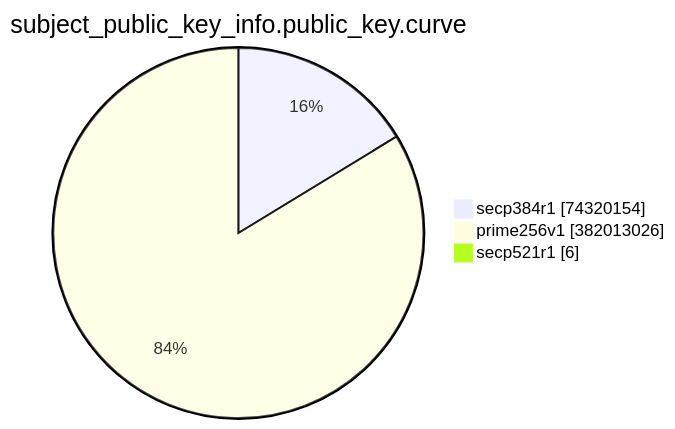
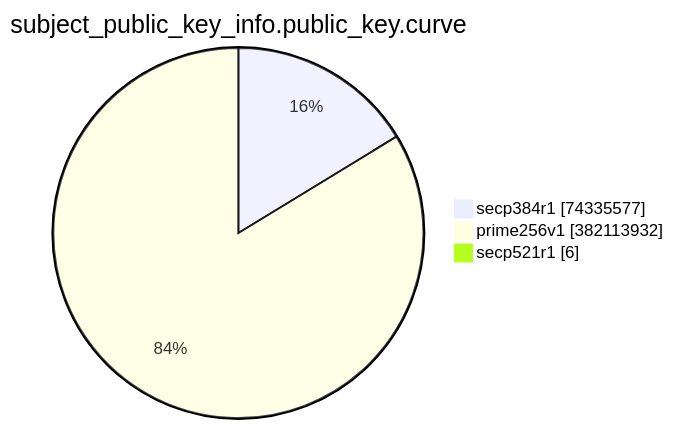
One commit to christiankrug/ctmonitor_visualization changed the eighth of 15 diagrams in TOTAL/README.md. Above: the diagram before and after it, drawn with Mermaid. The commit also changed other lines of this file, not shown here.

````diff
--- a/TOTAL/README.md
+++ b/TOTAL/README.md
@@ -3094,7 +3094,7 @@
 ```mermaid
 pie showData
 title subject_public_key_info.public_key.curve
-"secp384r1" :74320154
-"prime256v1" :382013026
+"secp384r1" :74335577
+"prime256v1" :382113932
 "secp521r1" :6
 ```
````
